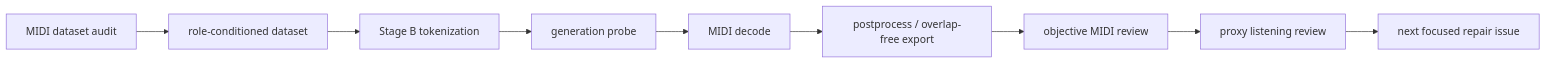
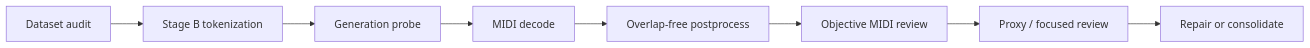
Before and after one commit to ohhalim/fine_tuning_art-tatum_midi_solo: the diagram in README.md, drawn with Mermaid. The commit also changed other lines of this file and 2 other files, not shown here.

````diff
--- a/README.md
+++ b/README.md
@@ -38,11 +69,10 @@
 ```mermaid
 flowchart LR
-    A["MIDI dataset audit"] --> B["role-conditioned dataset"]
-    B --> C["Stage B tokenization"]
-    C --> D["generation probe"]
-    D --> E["MIDI decode"]
-    E --> F["postprocess / overlap-free export"]
-    F --> G["objective MIDI review"]
-    G --> H["proxy listening review"]
-    H --> I["next focused repair issue"]
+    A["Dataset audit"] --> B["Stage B tokenization"]
+    B --> C["Generation probe"]
+    C --> D["MIDI decode"]
+    D --> E["Overlap-free postprocess"]
+    E --> F["Objective MIDI review"]
+    F --> G["Proxy / focused review"]
+    G --> H["Repair or consolidate"]
 ```
````
